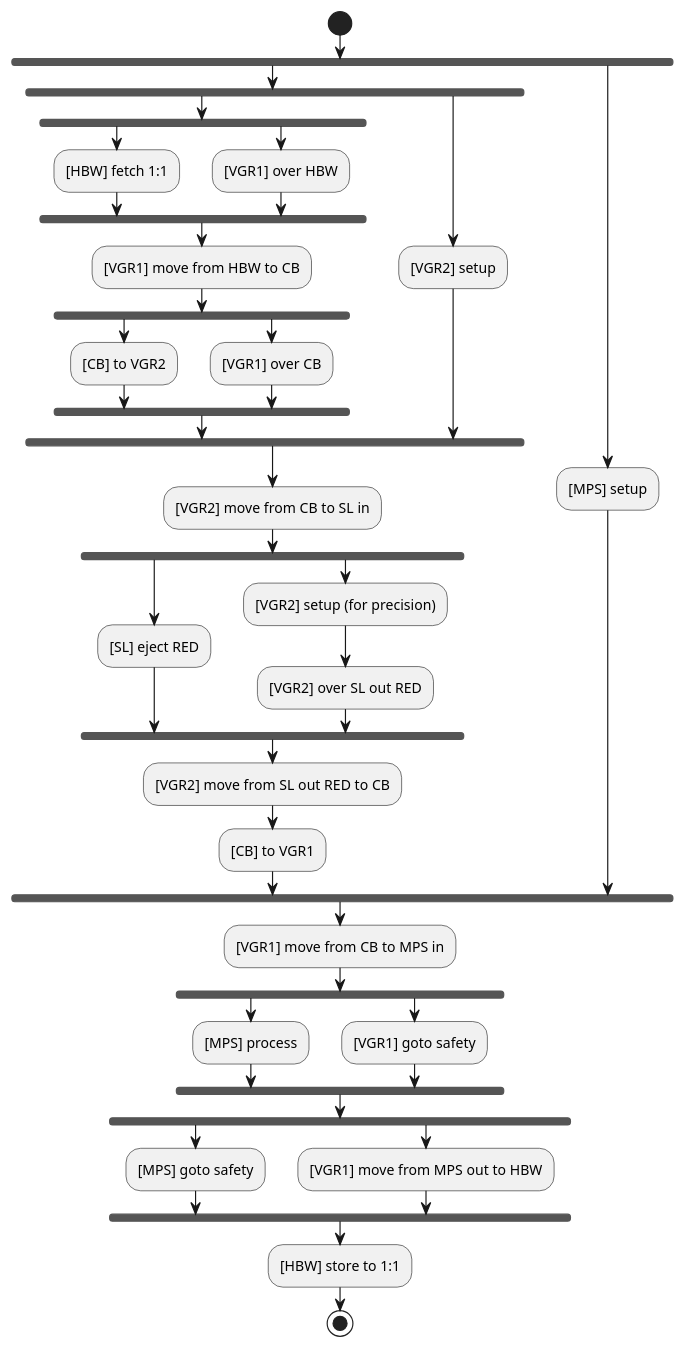
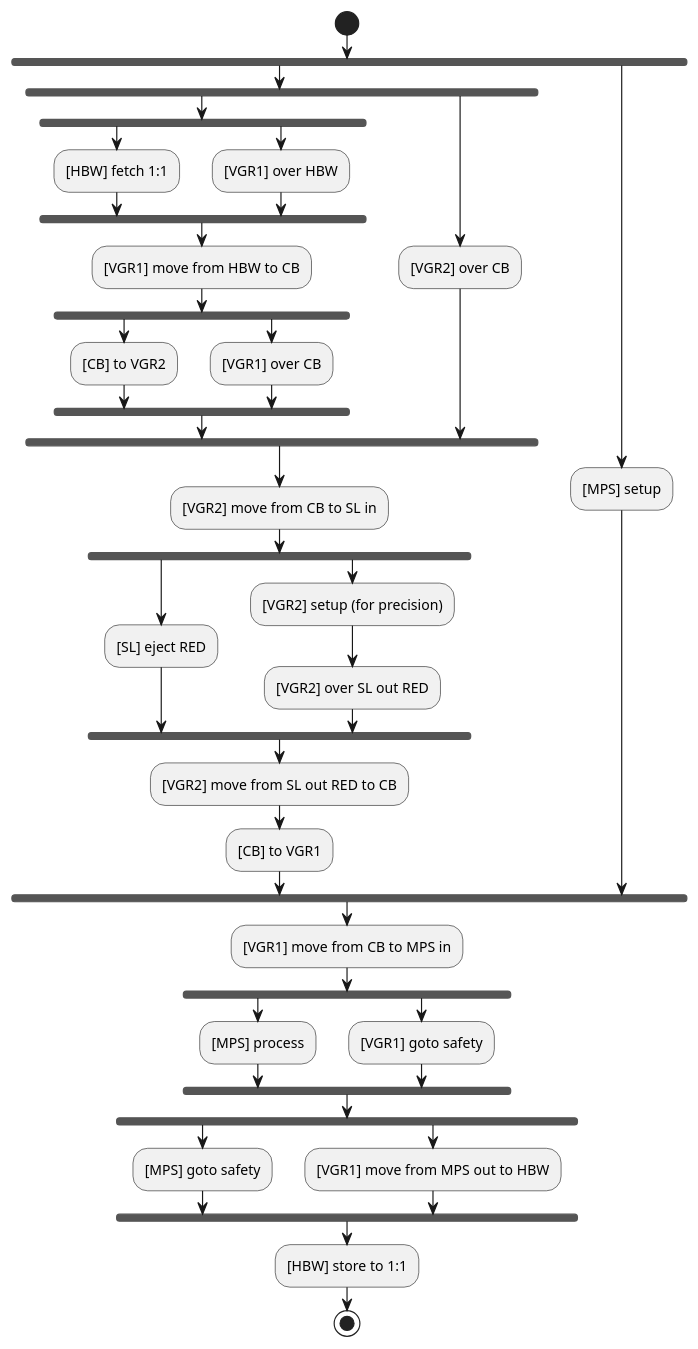
Before and after one commit to edt-edu/dt-setups: the diagram in RWTH_Setup/scripts/mission-models/Island1-Fetch-Sort-Process-and-Store.puml, drawn with PlantUML. The commit also changed 1 other file, not shown here.

Commit message:
Directly position VGR2 over the CB in anticipation of the payload

```diff
--- a/RWTH_Setup/scripts/mission-models/Island1-Fetch-Sort-Process-and-Store.puml
+++ b/RWTH_Setup/scripts/mission-models/Island1-Fetch-Sort-Process-and-Store.puml
@@ -1,54 +1,54 @@
 @startuml
 'https://plantuml.com/activity-diagram-beta
 
 start
 
 fork
   fork
     fork
       :[HBW] fetch 1:1;
     fork again
       :[VGR1] over HBW;
     end fork
     :[VGR1] move from HBW to CB;
     fork
       :[CB] to VGR2;
     fork again
       :[VGR1] over CB;
     end fork
   fork again
-    :[VGR2] setup;
+    :[VGR2] over CB;
   end fork
   :[VGR2] move from CB to SL in;
   fork
     :[SL] eject RED;
   fork again
     :[VGR2] setup (for precision);
     :[VGR2] over SL out RED;
   end fork
 
   :[VGR2] move from SL out RED to CB;
   :[CB] to VGR1;
 fork again
   :[MPS] setup;
 end fork
 
 :[VGR1] move from CB to MPS in;
 
 fork
   :[MPS] process;
 fork again
   :[VGR1] goto safety;
 end fork
 
 fork
   :[MPS] goto safety;
 fork again
   :[VGR1] move from MPS out to HBW;
 end fork
 
 :[HBW] store to 1:1;
 
 stop
 
 @enduml
```
